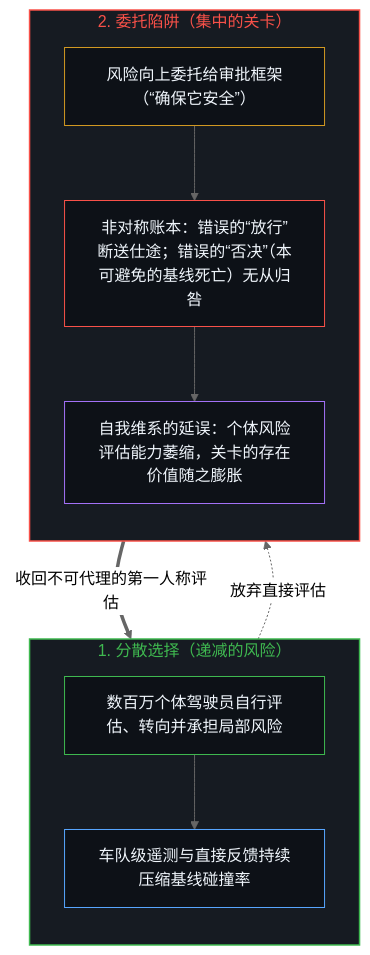
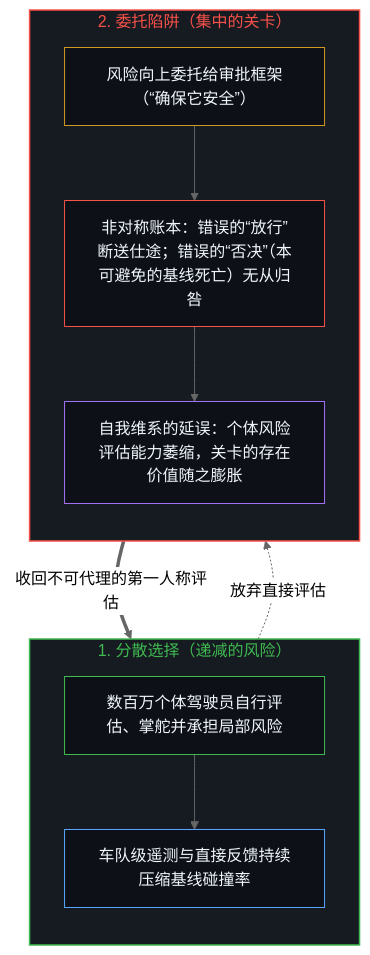
The first of 2 diagrams in content/posts/the-risk-you-delegate-is-the-risk-you-create.md (powerpig99/not-a-toe), drawn with Mermaid (neutral theme) before and after one commit. The commit also changed other lines of this file and 2 other files, not shown here.

````diff
--- a/content/posts/the-risk-you-delegate-is-the-risk-you-create.md
+++ b/content/posts/the-risk-you-delegate-is-the-risk-you-create.md
@@ -33,25 +33,25 @@
 ```mermaid
 flowchart TD
     subgraph S_Dist["1. 分散选择（递减的风险）"]
         direction TB
-        D_Act["数百万个体驾驶员自行评估、转向并承担局部风险"]
+        D_Act["数百万个体驾驶员自行评估、掌舵并承担局部风险"]
         D_Learn["车队级遥测与直接反馈持续压缩基线碰撞率"]
         D_Act --> D_Learn
     end
     subgraph S_Gate["2. 委托陷阱（集中的关卡）"]
         direction TB
         G_Hand["风险向上委托给审批框架（“确保它安全”）"]
         G_Asym["非对称账本：错误的“放行”断送仕途；错误的“否决”（本可避免的基线死亡）无从归咎"]
         G_Loop["自我维系的延误：个体风险评估能力萎缩，关卡的存在价值随之膨胀"]
         G_Hand --> G_Asym --> G_Loop
     end
     D_Act -.->|"放弃直接评估"| G_Hand
     G_Loop ==>|"收回不可代理的第一人称评估"| D_Act
     style S_Dist fill:#161b22,stroke:#3fb950,stroke-width:1.5px,color:#3fb950
     style S_Gate fill:#161b22,stroke:#f85149,stroke-width:1.5px,color:#f85149
     style D_Act fill:#0d1117,stroke:#3fb950,stroke-width:1px,color:#f0f6fc
     style D_Learn fill:#0d1117,stroke:#58a6ff,stroke-width:1px,color:#f0f6fc
     style G_Hand fill:#0d1117,stroke:#d29922,stroke-width:1px,color:#f0f6fc
     style G_Asym fill:#0d1117,stroke:#f85149,stroke-width:1px,color:#f0f6fc
     style G_Loop fill:#0d1117,stroke:#a371f7,stroke-width:1px,color:#f0f6fc
 ```
````
